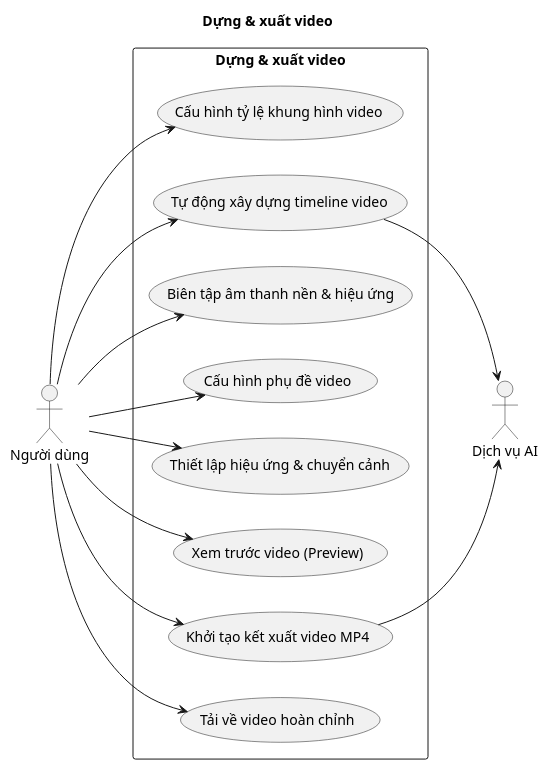
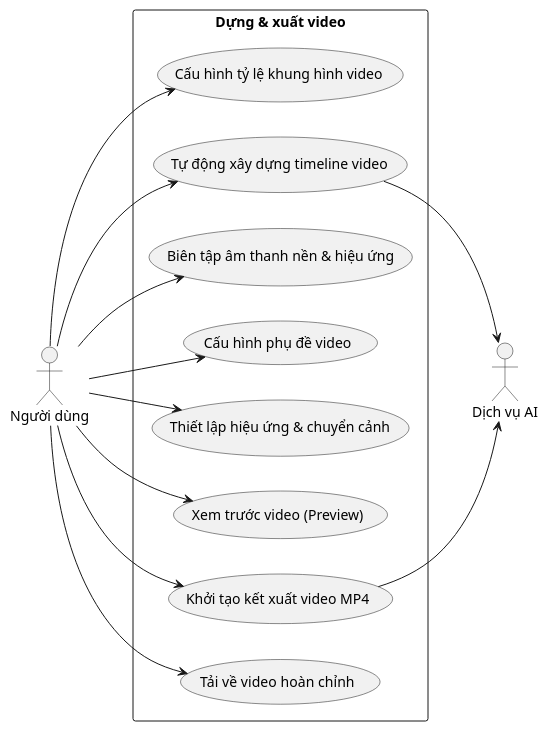
One commit to 202416852-anhpv/story2video-docs changed the diagram in docs/use-case-diagrams/dung-va-xuat-video.puml. Above: the diagram before and after it, drawn with PlantUML. The commit also changed 10 other files, not shown here.

```diff
--- a/docs/use-case-diagrams/dung-va-xuat-video.puml
+++ b/docs/use-case-diagrams/dung-va-xuat-video.puml
@@ -1,31 +1,30 @@
 @startuml dung-va-xuat-video
-title Dựng & xuất video
 left to right direction
 
 actor "Người dùng" as User
 actor "Dịch vụ AI" as AI_Service
 
 rectangle "Dựng & xuất video" {
     usecase "Cấu hình tỷ lệ khung hình video" as UC_01
     usecase "Tự động xây dựng timeline video" as UC_02
     usecase "Biên tập âm thanh nền & hiệu ứng" as UC_03
     usecase "Cấu hình phụ đề video" as UC_04
     usecase "Thiết lập hiệu ứng & chuyển cảnh" as UC_05
     usecase "Xem trước video (Preview)" as UC_06
     usecase "Khởi tạo kết xuất video MP4" as UC_07
     usecase "Tải về video hoàn chỉnh" as UC_08
 }
 
 User --> UC_01
 User --> UC_02
 User --> UC_03
 User --> UC_04
 User --> UC_05
 User --> UC_06
 User --> UC_07
 User --> UC_08
 
 UC_02 --> AI_Service
 UC_07 --> AI_Service
 
 @enduml
```
